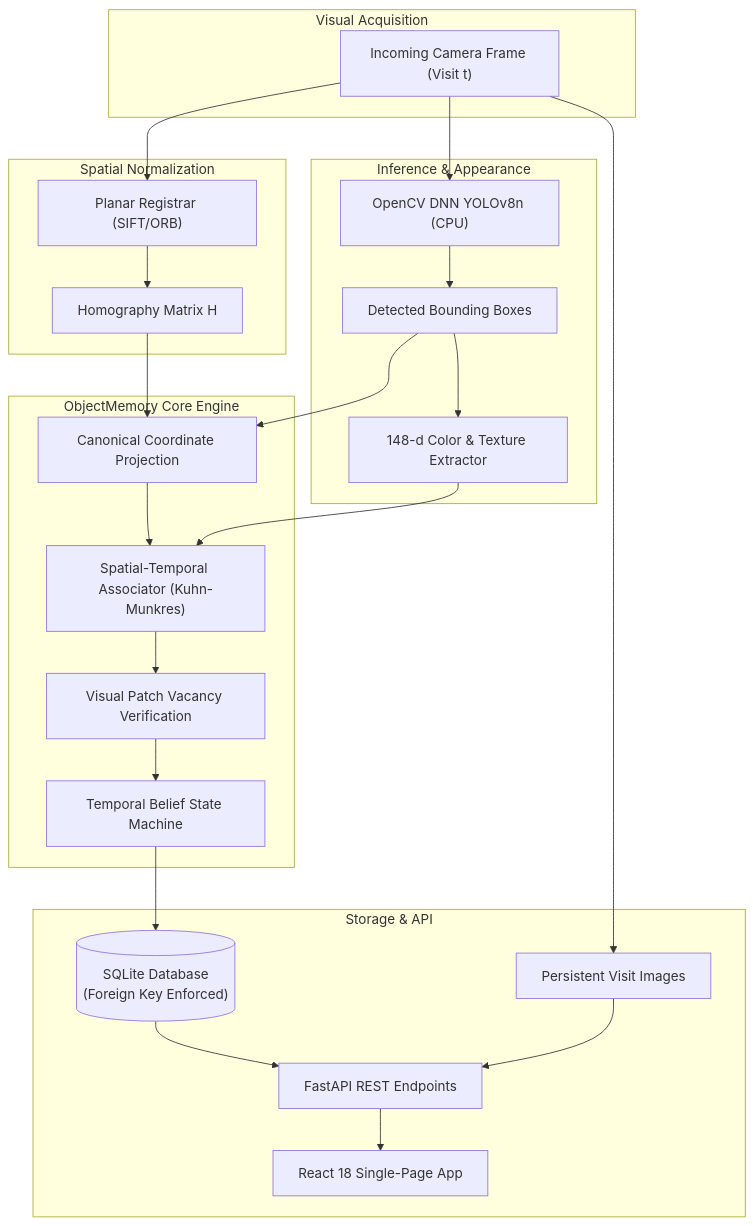
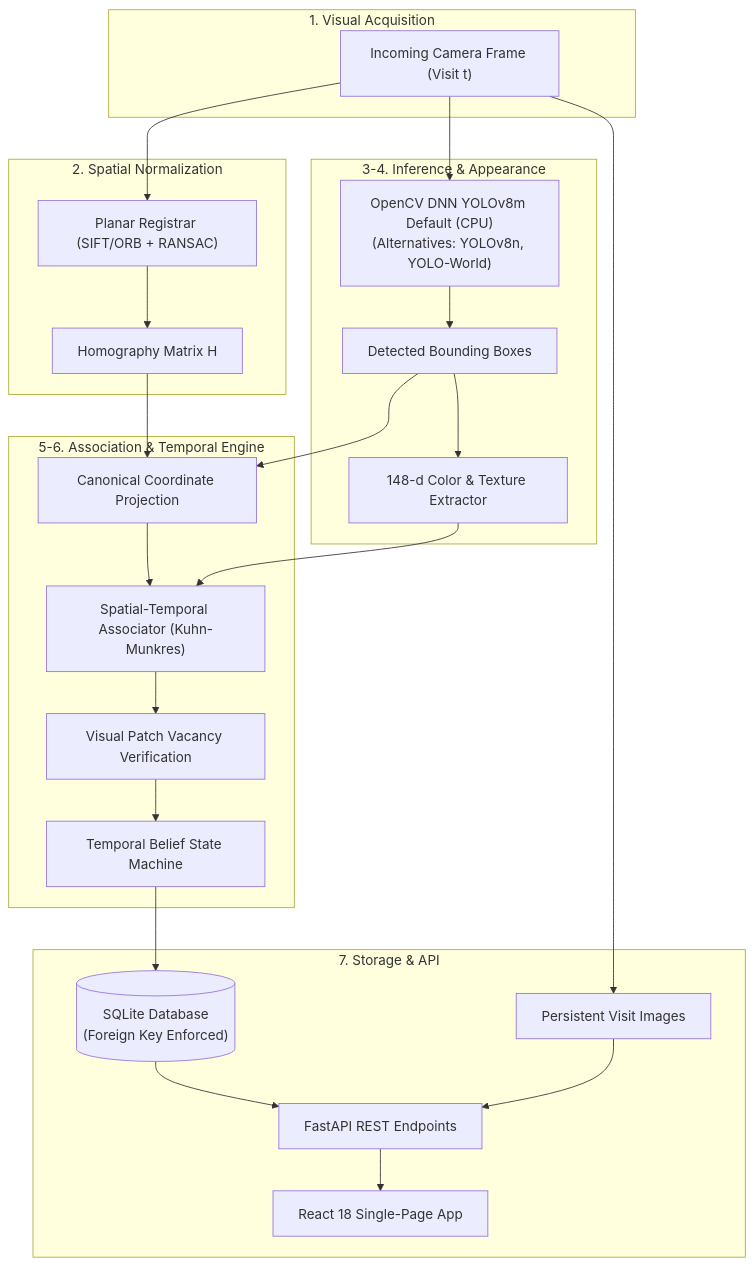
One commit to Rish244-afk/ObjectMemory changed the diagram in README.md. Above: the diagram before and after it, drawn with Mermaid. The commit also changed other lines of this file and 112 other files, not shown here.

Commit message:
Finalize ObjectMemory: YOLOv8m integration, corrected evaluation, and documentation

````diff
--- a/README.md
+++ b/README.md
@@ -30,47 +34,47 @@
 ```mermaid
 flowchart TD
-    subgraph Capture["Visual Acquisition"]
+    subgraph Capture["1. Visual Acquisition"]
         IMG["Incoming Camera Frame (Visit t)"]
     end
 
-    subgraph Geometry["Spatial Normalization"]
-        REG["Planar Registrar (SIFT/ORB)"]
+    subgraph Geometry["2. Spatial Normalization"]
+        REG["Planar Registrar (SIFT/ORB + RANSAC)"]
         H_MAT["Homography Matrix H"]
         REG --> H_MAT
     end
 
-    subgraph Detection["Inference & Appearance"]
-        DNN["OpenCV DNN YOLOv8n (CPU)"]
+    subgraph Detection["3-4. Inference & Appearance"]
+        DNN["OpenCV DNN YOLOv8m Default (CPU)\n(Alternatives: YOLOv8n, YOLO-World)"]
         DETS["Detected Bounding Boxes"]
         SIG["148-d Color & Texture Extractor"]
         DNN --> DETS
         DETS --> SIG
     end
 
-    subgraph CoreEngine["ObjectMemory Core Engine"]
+    subgraph CoreEngine["5-6. Association & Temporal Engine"]
         PROJ["Canonical Coordinate Projection"]
         ASSOC["Spatial-Temporal Associator (Kuhn-Munkres)"]
         VAC["Visual Patch Vacancy Verification"]
         STATE["Temporal Belief State Machine"]
-        
+
         H_MAT & DETS --> PROJ
         PROJ & SIG --> ASSOC
         ASSOC --> VAC
         VAC --> STATE
     end
 
-    subgraph Persistence["Storage & API"]
+    subgraph Persistence["7. Storage & API"]
         DB[("SQLite Database\n(Foreign Key Enforced)")]
         FS["Persistent Visit Images"]
         API["FastAPI REST Endpoints"]
         UI["React 18 Single-Page App"]
-        
+
         STATE --> DB
         IMG --> FS
         DB & FS --> API
         API --> UI
     end
-    
+
     IMG --> REG
     IMG --> DNN
 ```
````
